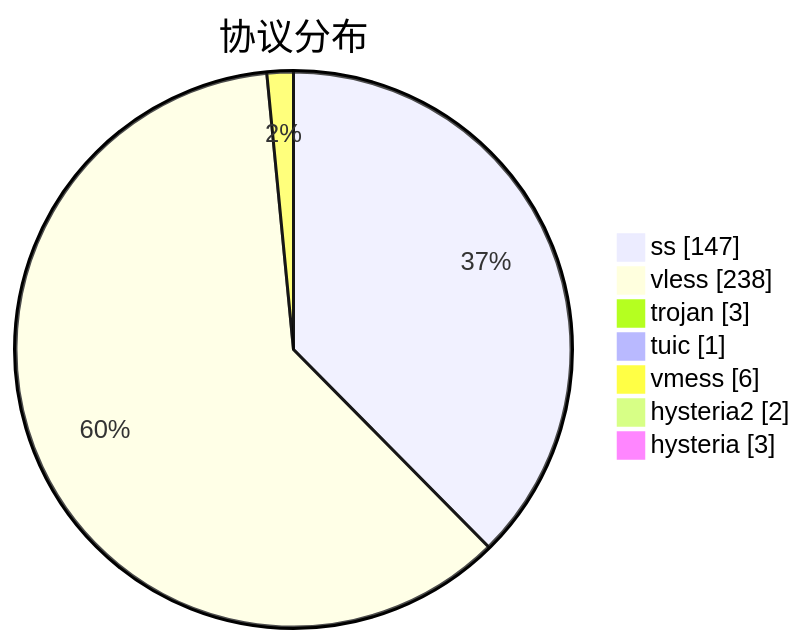
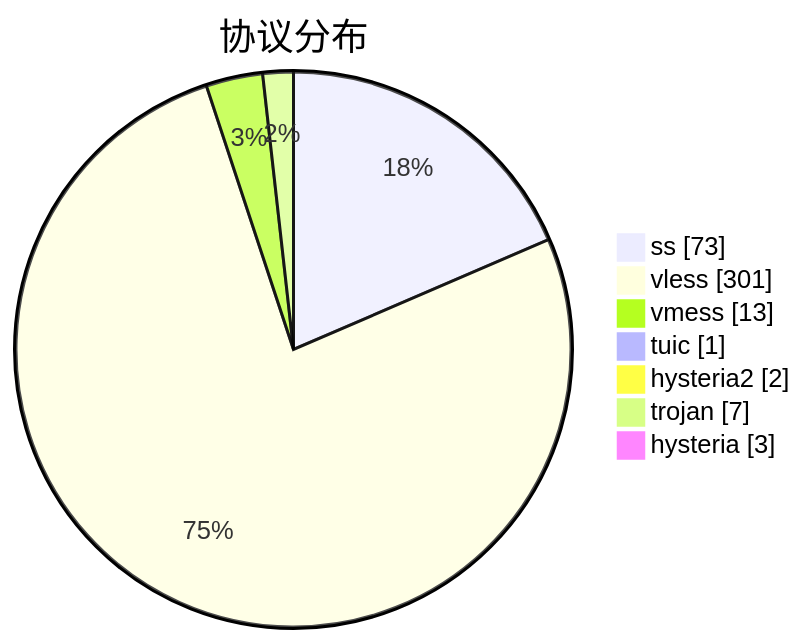
The third of 3 diagrams in subs/statistics/tested_within.md (qjlxg/airport), drawn with Mermaid before and after one commit. The commit also changed other lines of this file and 2 other files, not shown here.

````diff
--- a/subs/statistics/tested_within.md
+++ b/subs/statistics/tested_within.md
@@ -29,11 +30,11 @@
 ```mermaid
 pie showData
 title 协议分布
-"ss" : 147
-"vless" : 238
-"trojan" : 3
+"ss" : 73
+"vless" : 301
+"vmess" : 13
 "tuic" : 1
-"vmess" : 6
 "hysteria2" : 2
+"trojan" : 7
 "hysteria" : 3
 ```
````
